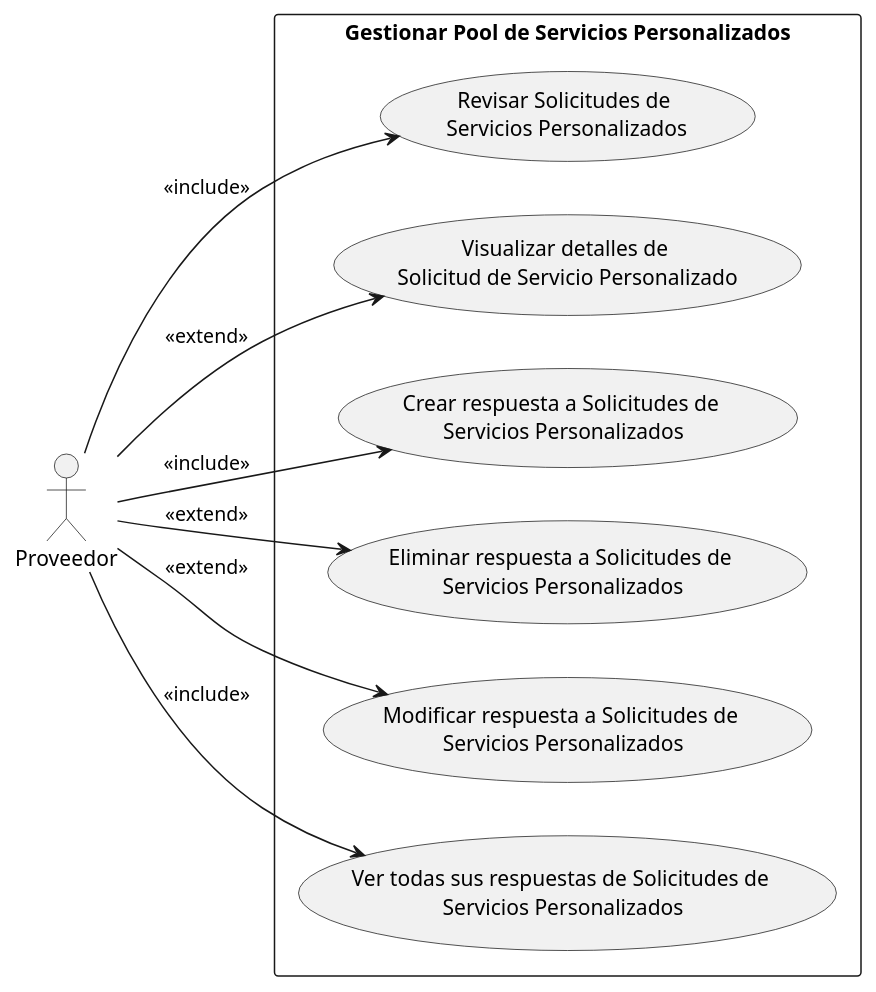
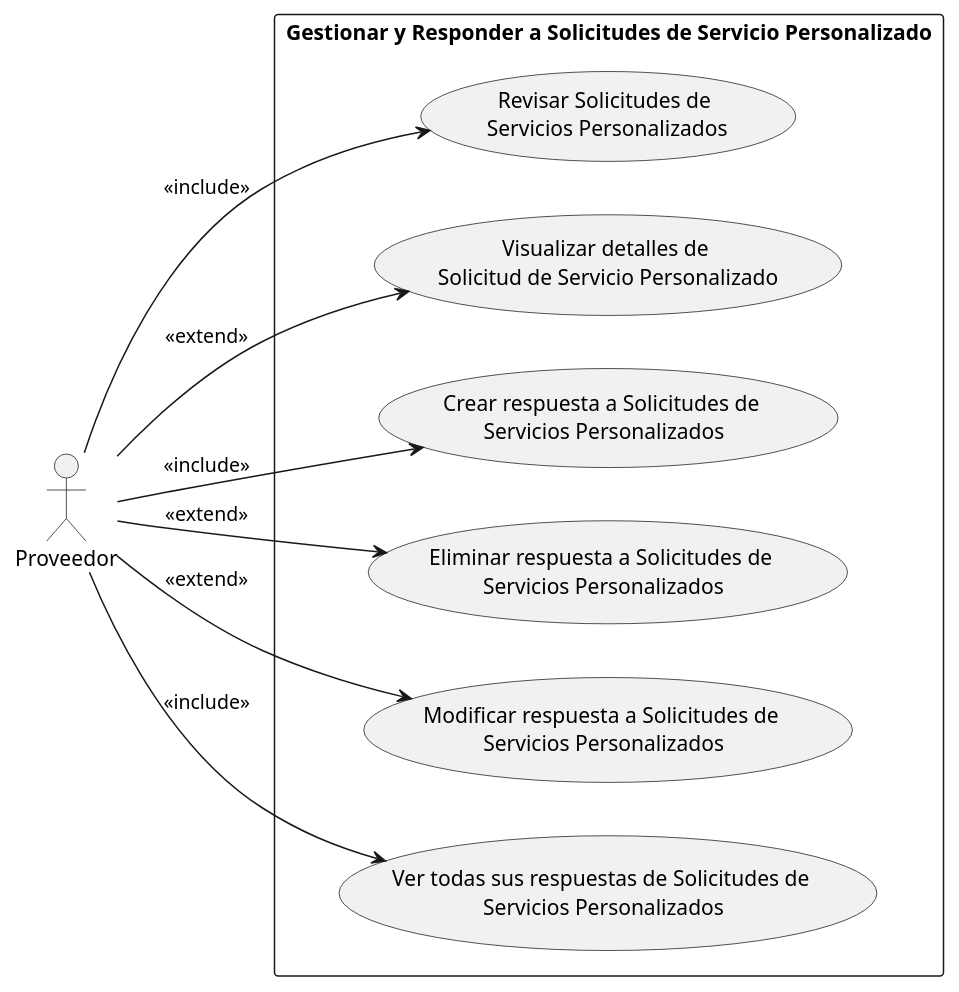
One commit to UPSA-Projects/docs-condominio changed the diagram in docs/src/usecases/CU17/UCD17.wsd. Above: the diagram before and after it, drawn with PlantUML. The commit also changed 6 other files, not shown here.

Commit message:
arrglando diagrama de colaboracion y secuencia de CU17

```diff
--- a/docs/src/usecases/CU17/UCD17.wsd
+++ b/docs/src/usecases/CU17/UCD17.wsd
@@ -1,23 +1,23 @@
 @startuml
 left to right direction
 actor "Proveedor"
 
-rectangle "Gestionar Pool de Servicios Personalizados" {
+rectangle "Gestionar y Responder a Solicitudes de Servicio Personalizado" {
     usecase "Revisar Solicitudes de \nServicios Personalizados" as cu1
     usecase "Visualizar detalles de \nSolicitud de Servicio Personalizado" as cu2
     usecase "Crear respuesta a Solicitudes de \nServicios Personalizados" as cu3
 
     usecase "Eliminar respuesta a Solicitudes de \nServicios Personalizados" as cu4
     usecase "Modificar respuesta a Solicitudes de \nServicios Personalizados" as cu5
     usecase "Ver todas sus respuestas de Solicitudes de \nServicios Personalizados" as cu6
 }
 
 Proveedor --> cu1 : <<include>>
 Proveedor --> cu2 : <<extend>>
 Proveedor --> cu3 : <<include>>
 Proveedor --> cu4 : <<extend>>
 Proveedor --> cu5 : <<extend>>
 Proveedor --> cu6 : <<include>>
 
 
 @enduml
```
